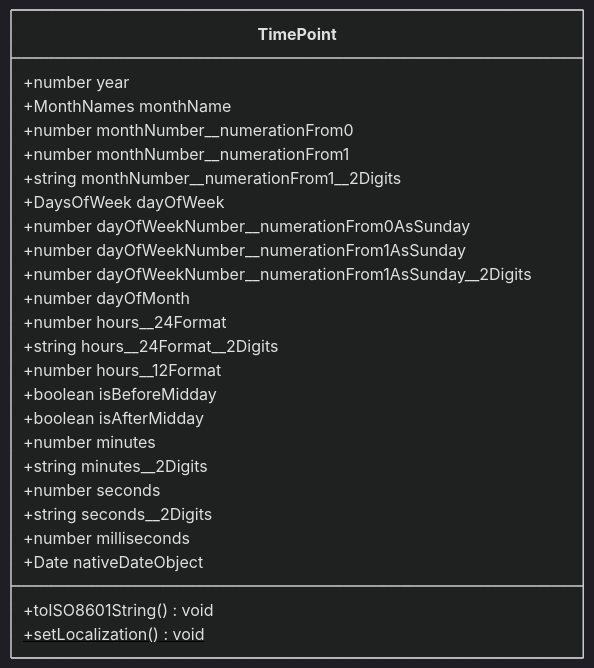
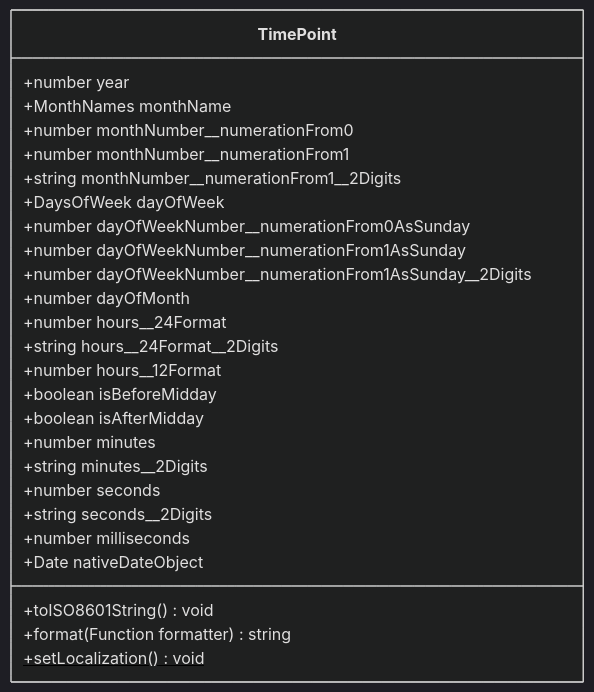
One commit to TokugawaTakeshi/Yamato-Daiwa-ES-Extensions changed the diagram in CoreLibrary/Package/Documentation/DateTime/TimePoint.md. Above: the diagram before and after it, drawn with Mermaid (dark theme). The commit also changed other lines of this file and 76 other files, not shown here.

````diff
--- a/CoreLibrary/Package/Documentation/DateTime/TimePoint.md
+++ b/CoreLibrary/Package/Documentation/DateTime/TimePoint.md
@@ -8,38 +8,39 @@
 ```mermaid
 classDiagram
 class TimePoint{
 
     +number year
   
     +MonthNames monthName
     +number monthNumber__numerationFrom0
     +number monthNumber__numerationFrom1
     +string monthNumber__numerationFrom1__2Digits
   
     +DaysOfWeek dayOfWeek
     +number dayOfWeekNumber__numerationFrom0AsSunday
     +number dayOfWeekNumber__numerationFrom1AsSunday
     +number dayOfWeekNumber__numerationFrom1AsSunday__2Digits
   
     +number dayOfMonth
   
     +number hours__24Format
     +string hours__24Format__2Digits
     +number hours__12Format
     +boolean isBeforeMidday
     +boolean isAfterMidday
   
     +number minutes
     +string minutes__2Digits
   
     +number seconds
     +string seconds__2Digits
   
     +number milliseconds
   
     +Date nativeDateObject
   
     +toISO8601String() void
+    +format(Function formatter) string
     +setLocalization()$ void
 }
 ```
````
